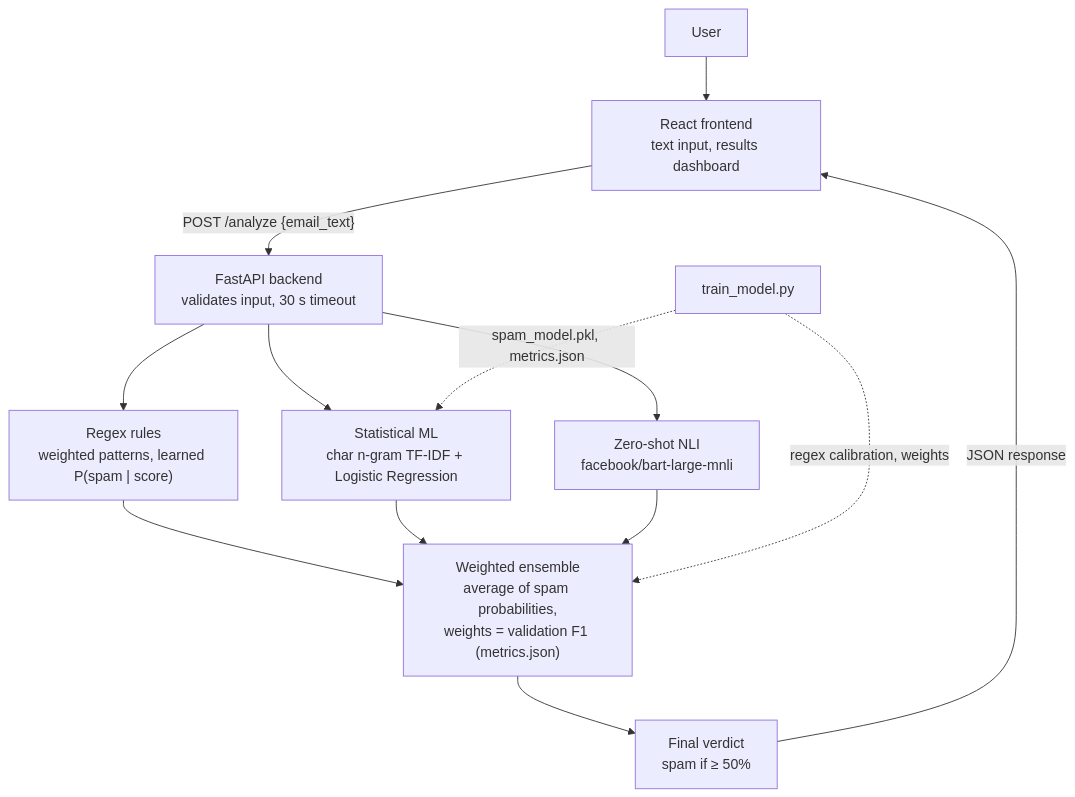
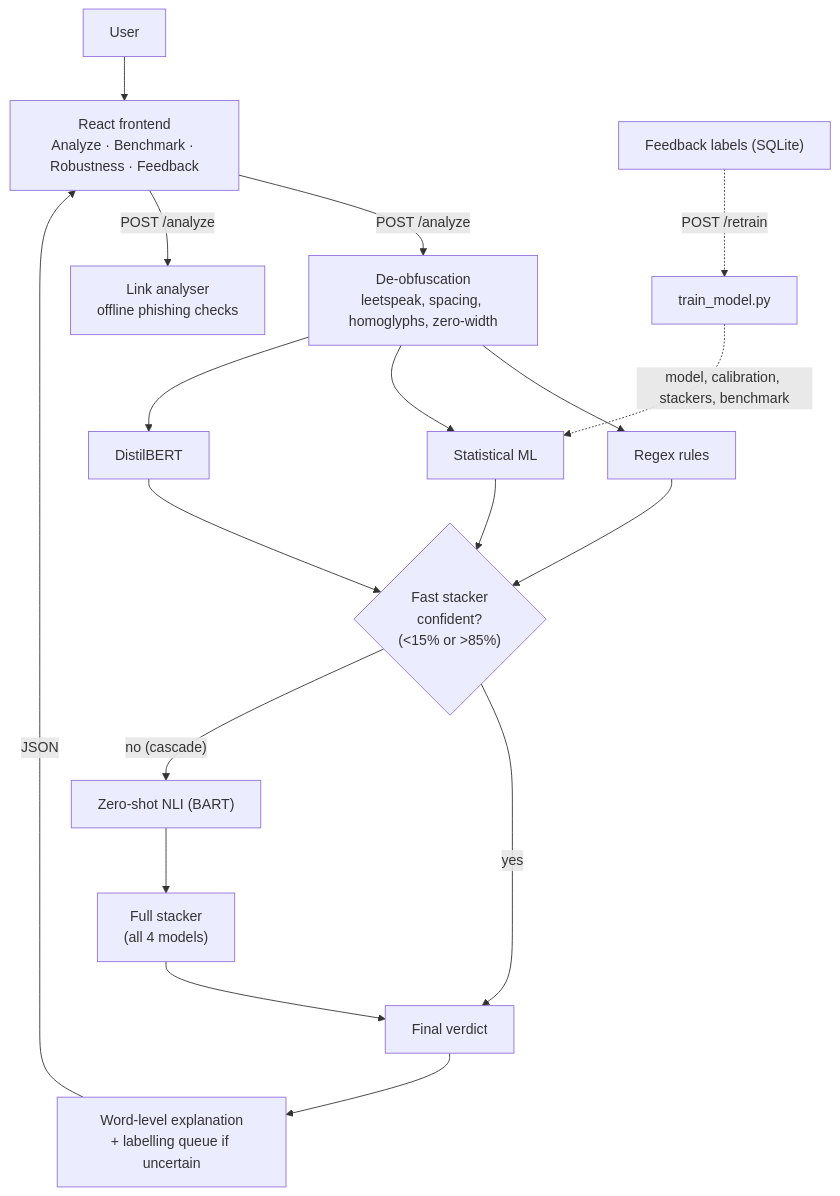
The diagram in README.md (mkarthikaravind1/AI-Email-Spam-Classifier), drawn with Mermaid before and after one commit. The commit also changed other lines of this file and 21 other files, not shown here.

Commit message:
Add explanations, cascade, benchmark, robustness, feedback loop, stacking, DistilBERT and link analysis

````diff
--- a/README.md
+++ b/README.md
@@ -21,15 +54,19 @@
 ```mermaid
 flowchart TD
-    U[User] --> FE["React frontend<br/>text input, results dashboard"]
-    FE -- "POST /analyze {email_text}" --> API["FastAPI backend<br/>validates input, 30 s timeout"]
-    API --> R["Regex rules<br/>weighted patterns, learned P(spam | score)"]
-    API --> M["Statistical ML<br/>char n-gram TF-IDF + Logistic Regression"]
-    API --> L["Zero-shot NLI<br/>facebook/bart-large-mnli"]
-    R --> E
-    M --> E
-    L --> E
-    E["Weighted ensemble<br/>average of spam probabilities,<br/>weights = validation F1 (metrics.json)"] --> V["Final verdict<br/>spam if ≥ 50%"]
-    V -- "JSON response" --> FE
-    T[train_model.py] -. "spam_model.pkl, metrics.json" .-> M
-    T -. "regex calibration, weights" .-> E
+    U[User] --> FE["React frontend<br/>Analyze · Benchmark · Robustness · Feedback"]
+    FE -- "POST /analyze" --> N["De-obfuscation<br/>leetspeak, spacing, homoglyphs, zero-width"]
+    FE -- "POST /analyze" --> LK["Link analyser<br/>offline phishing checks"]
+    N --> R["Regex rules"]
+    N --> M["Statistical ML"]
+    N --> D["DistilBERT"]
+    R --> S
+    M --> S
+    D --> S
+    S{"Fast stacker<br/>confident?<br/>(<15% or >85%)"} -- yes --> V["Final verdict"]
+    S -- "no (cascade)" --> L["Zero-shot NLI (BART)"]
+    L --> F["Full stacker<br/>(all 4 models)"] --> V
+    V --> X["Word-level explanation<br/>+ labelling queue if uncertain"]
+    X -- "JSON" --> FE
+    FB["Feedback labels (SQLite)"] -. "POST /retrain" .-> T["train_model.py"]
+    T -. "model, calibration, stackers, benchmark" .-> M
 ```
````
